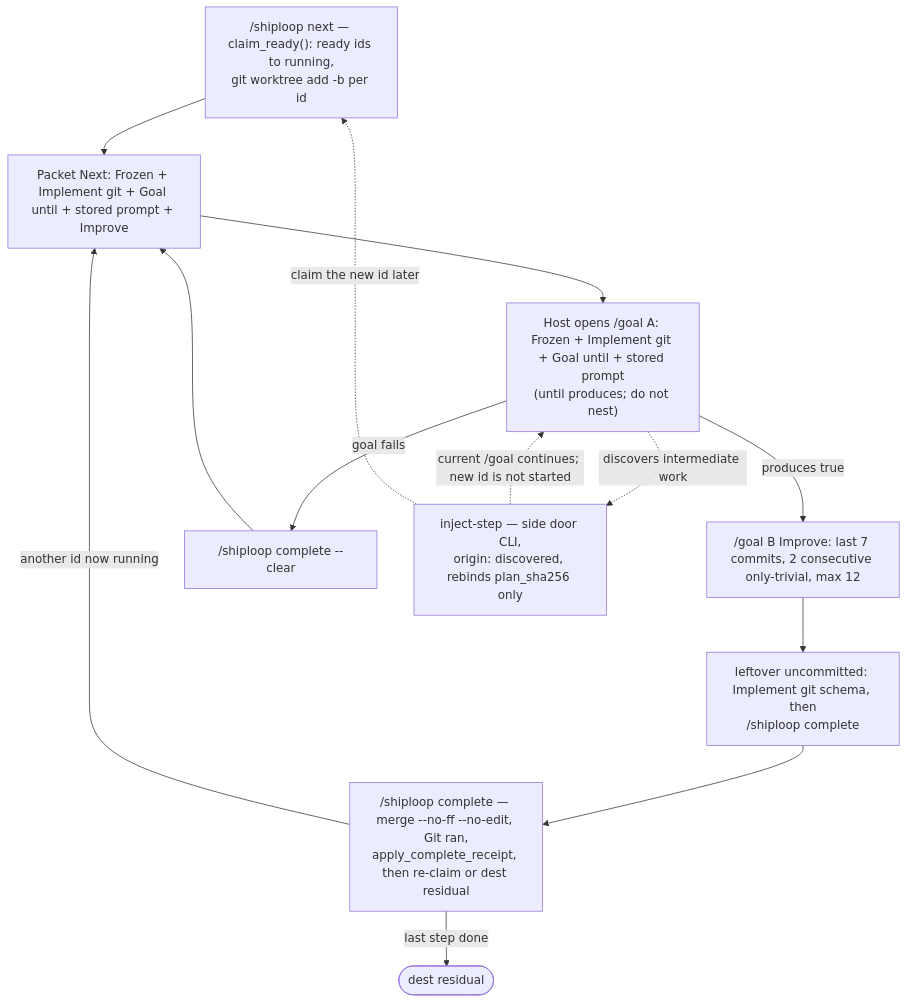
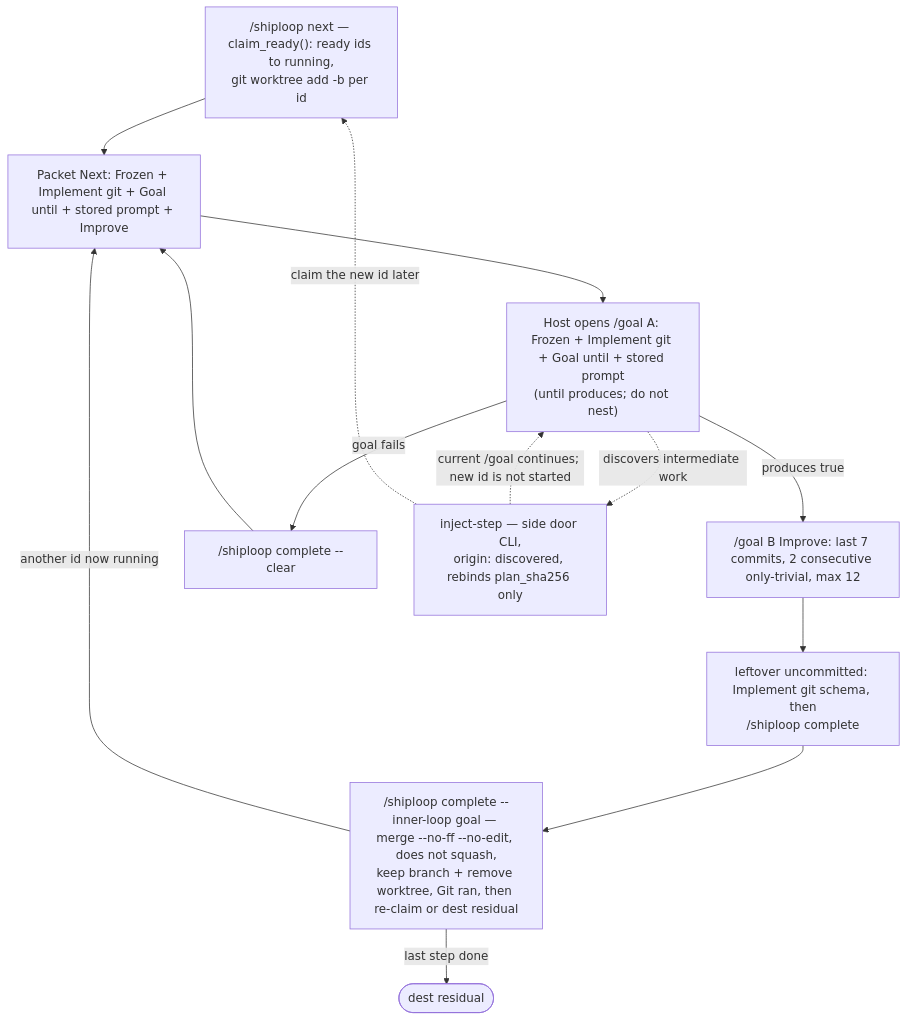
One commit to whichguy/skill-craft changed the fourth of 5 diagrams in skills/shiploop/README.md. Above: the diagram before and after it, drawn with Mermaid. The commit also changed other lines of this file and 25 other files, not shown here.

````diff
--- a/skills/shiploop/README.md
+++ b/skills/shiploop/README.md
@@ -353,15 +356,15 @@
 ```mermaid
 flowchart TD
   next["/shiploop next — claim_ready(): ready ids to running,\ngit worktree add -b per id"] --> printed["Packet Next: Frozen + Implement git + Goal until + stored prompt + Improve"]
   printed --> gwork["Host opens /goal A: Frozen + Implement git + Goal until + stored prompt\n(until produces; do not nest)"]
   gwork -->|produces true| improve["/goal B Improve: last 7 commits, 2 consecutive only-trivial, max 12"]
   improve --> cm["leftover uncommitted: Implement git schema, then\n/shiploop complete"]
-  cm --> complete["/shiploop complete — merge --no-ff --no-edit, Git ran,\napply_complete_receipt, then re-claim or dest residual"]
+  cm --> complete["/shiploop complete --inner-loop goal — merge --no-ff --no-edit, does not squash,\nkeep branch + remove worktree, Git ran, then re-claim or dest residual"]
   complete -->|another id now running| printed
   complete -->|last step done| residual([dest residual])
   gwork -->|goal fails| clear["/shiploop complete --clear"]
   clear --> printed
   gwork -.->|discovers intermediate work| inject["inject-step — side door CLI,\norigin: discovered, rebinds plan_sha256 only"]
   inject -.->|current /goal continues; new id is not started| gwork
   inject -.->|claim the new id later| next
 ```
````
